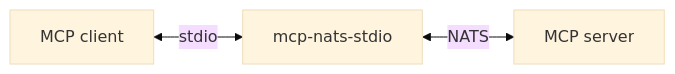
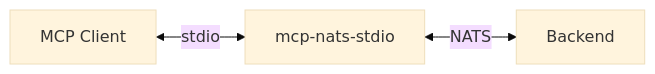
One commit to TrogonStack/trogonai changed the diagram in rsworkspace/crates/mcp-nats-stdio/README.md. Above: the diagram before and after it, drawn with Mermaid (base theme). The commit also changed other lines of this file and 2 other files, not shown here.

Commit message:
docs(mcp-nats): clarify NATS bridge guidance

````diff
--- a/rsworkspace/crates/mcp-nats-stdio/README.md
+++ b/rsworkspace/crates/mcp-nats-stdio/README.md
@@ -7,5 +10,5 @@
 ```mermaid
 graph LR
-    A[MCP client] <-->|stdio| B[mcp-nats-stdio]
-    B <-->|NATS| C[MCP server]
+    A[MCP Client] <-->|stdio| B[mcp-nats-stdio]
+    B <-->|NATS| C[Backend]
 ```
````
